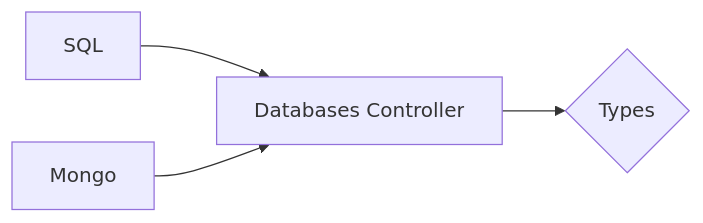
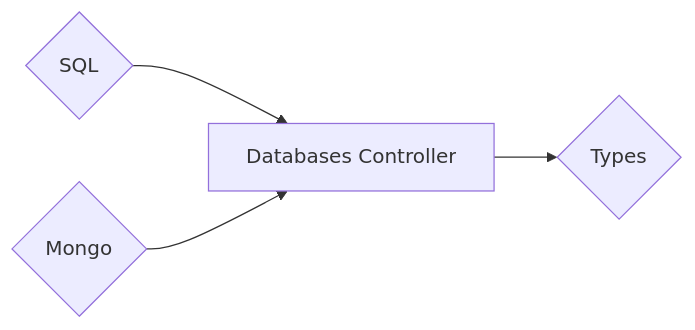
The second of 2 diagrams in docs/docs/types/introduction.md (hlop3z/fastberry), drawn with Mermaid before and after one commit. The commit also changed 1 other file, not shown here.

````diff
--- a/docs/docs/types/introduction.md
+++ b/docs/docs/types/introduction.md
@@ -45,6 +45,6 @@
 ```mermaid
 graph LR;
-    A[SQL] --> C;
-    B[Mongo] --> C[Databases Controller];
+    A{SQL} --> C;
+    B{Mongo} --> C[Databases Controller];
     C --> D{Types};
 ```
````
